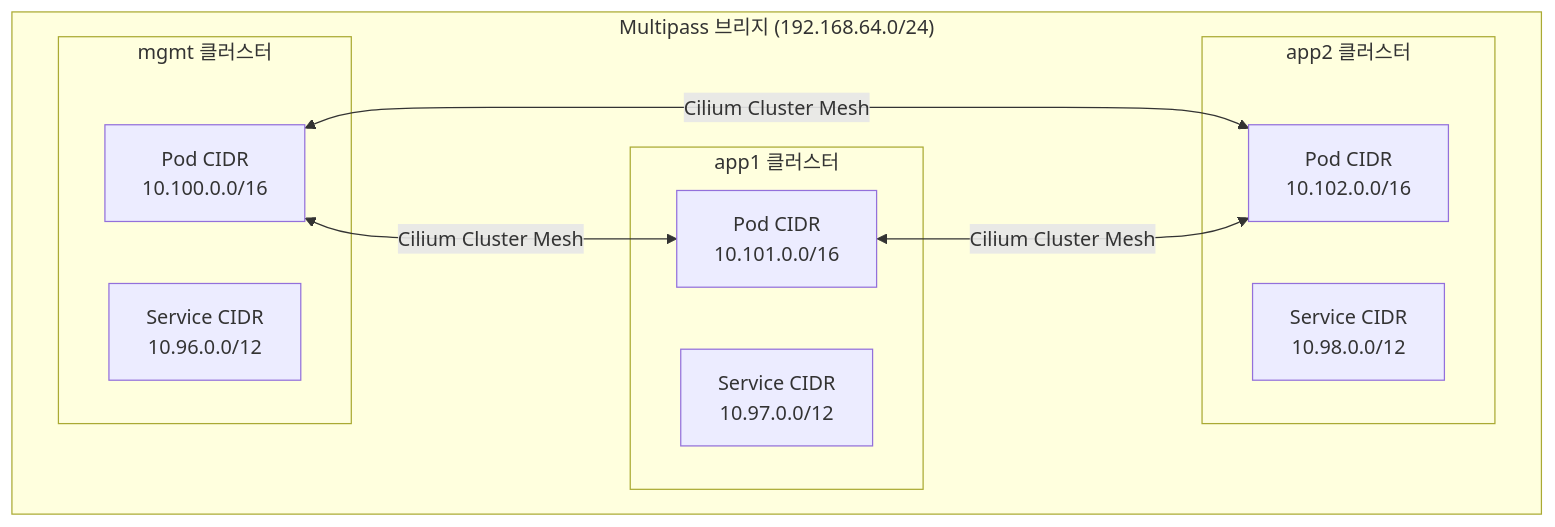
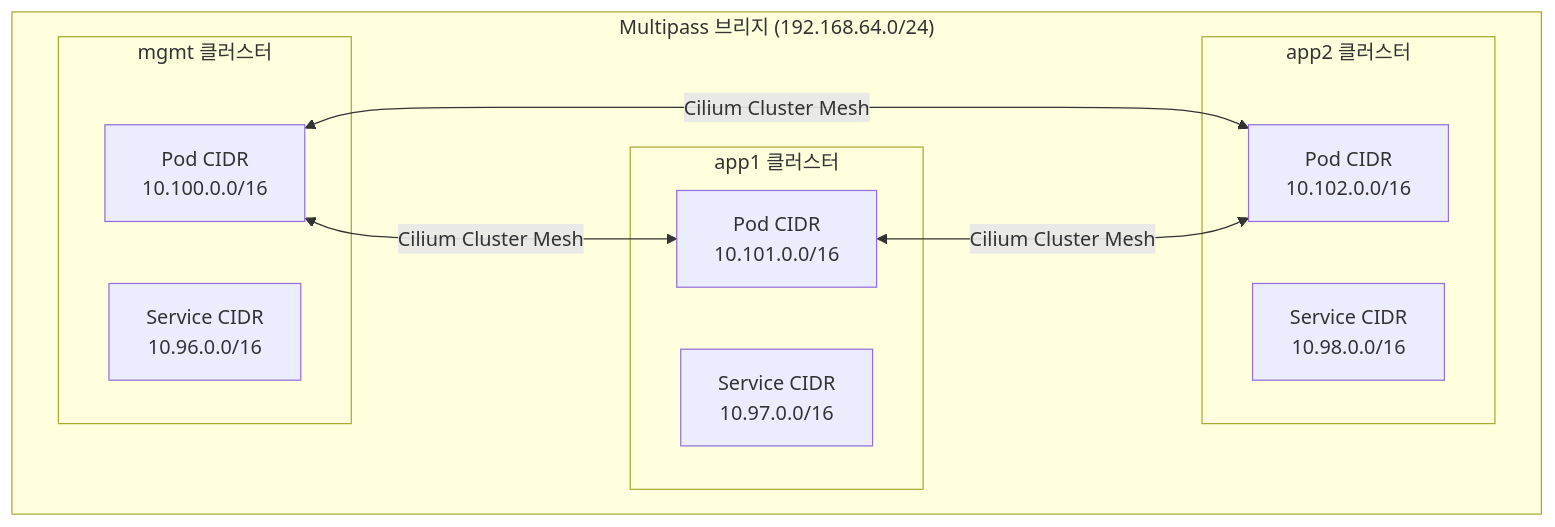
The second of 8 diagrams in document/on-premise/ARCHITECTURE.md (bocopile/mac-k8s-multipass-terraform), drawn with Mermaid before and after one commit. The commit also changed other lines of this file and 3 other files, not shown here.

````diff
--- a/document/on-premise/ARCHITECTURE.md
+++ b/document/on-premise/ARCHITECTURE.md
@@ -269,23 +269,23 @@
 ```mermaid
 flowchart TB
     subgraph Bridge["Multipass 브리지 (192.168.64.0/24)"]
         subgraph mgmt["mgmt 클러스터"]
             mgmt-pod["Pod CIDR<br/>10.100.0.0/16"]
-            mgmt-svc["Service CIDR<br/>10.96.0.0/12"]
+            mgmt-svc["Service CIDR<br/>10.96.0.0/16"]
         end
 
         subgraph app1["app1 클러스터"]
             app1-pod["Pod CIDR<br/>10.101.0.0/16"]
-            app1-svc["Service CIDR<br/>10.97.0.0/12"]
+            app1-svc["Service CIDR<br/>10.97.0.0/16"]
         end
 
         subgraph app2["app2 클러스터"]
             app2-pod["Pod CIDR<br/>10.102.0.0/16"]
-            app2-svc["Service CIDR<br/>10.98.0.0/12"]
+            app2-svc["Service CIDR<br/>10.98.0.0/16"]
         end
     end
 
     mgmt-pod <-->|"Cilium Cluster Mesh"| app1-pod
     mgmt-pod <-->|"Cilium Cluster Mesh"| app2-pod
     app1-pod <-->|"Cilium Cluster Mesh"| app2-pod
 ```
````
